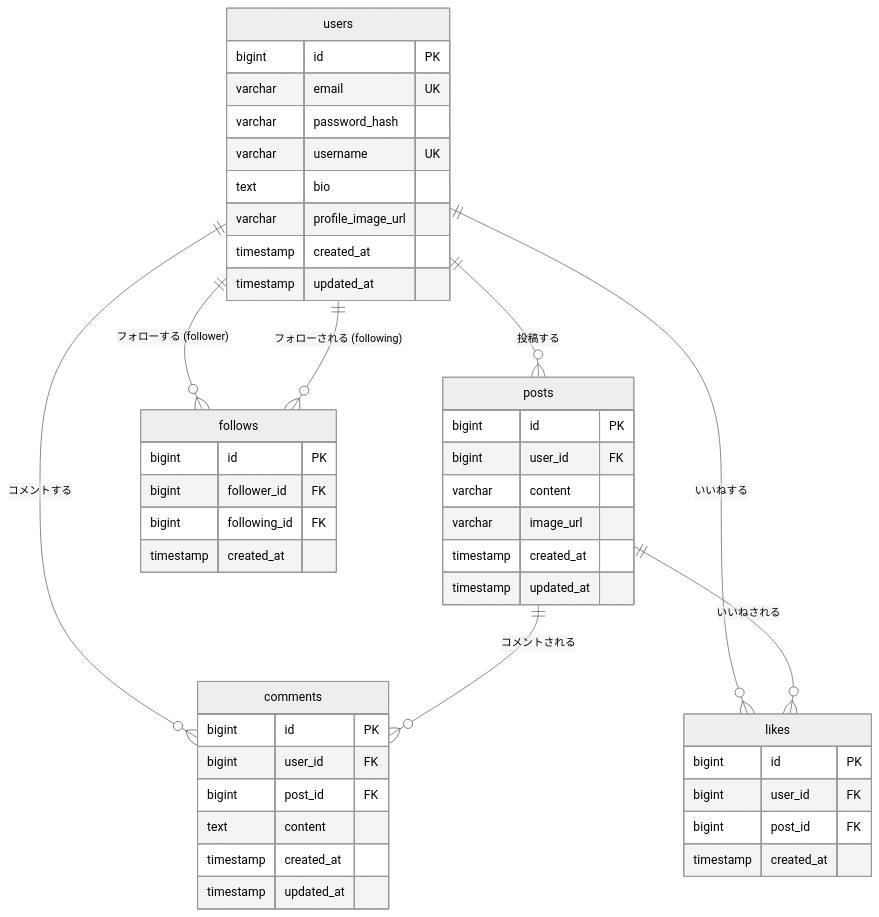
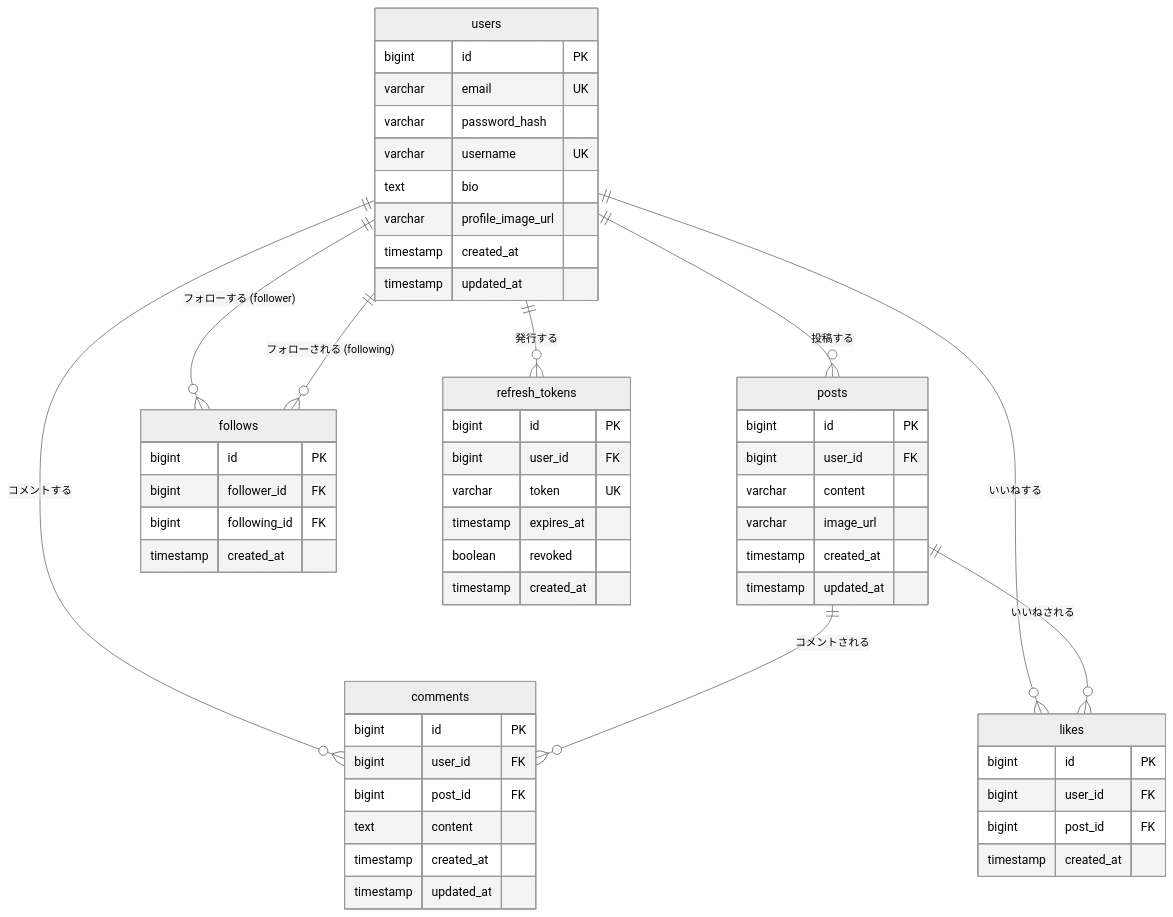
Before and after one commit to Yusuke2000-hub/hitokuchi-sns: the diagram in docs/database-design.md, drawn with Mermaid (neutral theme). The commit also changed other lines of this file and 1 other file, not shown here.

````diff
--- a/docs/database-design.md
+++ b/docs/database-design.md
@@ -106,49 +122,59 @@
 ```mermaid
 erDiagram
     users {
         bigint id PK
         varchar email UK
         varchar password_hash
         varchar username UK
         text bio
         varchar profile_image_url
         timestamp created_at
         timestamp updated_at
     }
     posts {
         bigint id PK
         bigint user_id FK
         varchar content
         varchar image_url
         timestamp created_at
         timestamp updated_at
     }
     comments {
         bigint id PK
         bigint user_id FK
         bigint post_id FK
         text content
         timestamp created_at
         timestamp updated_at
     }
     likes {
         bigint id PK
         bigint user_id FK
         bigint post_id FK
         timestamp created_at
     }
     follows {
         bigint id PK
         bigint follower_id FK
         bigint following_id FK
         timestamp created_at
     }
 
+    refresh_tokens {
+        bigint id PK
+        bigint user_id FK
+        varchar token UK
+        timestamp expires_at
+        boolean revoked
+        timestamp created_at
+    }
+
     users ||--o{ posts : "投稿する"
     users ||--o{ comments : "コメントする"
     users ||--o{ likes : "いいねする"
     users ||--o{ follows : "フォローする (follower)"
     users ||--o{ follows : "フォローされる (following)"
+    users ||--o{ refresh_tokens : "発行する"
     posts ||--o{ comments : "コメントされる"
     posts ||--o{ likes : "いいねされる"
 ```
````
